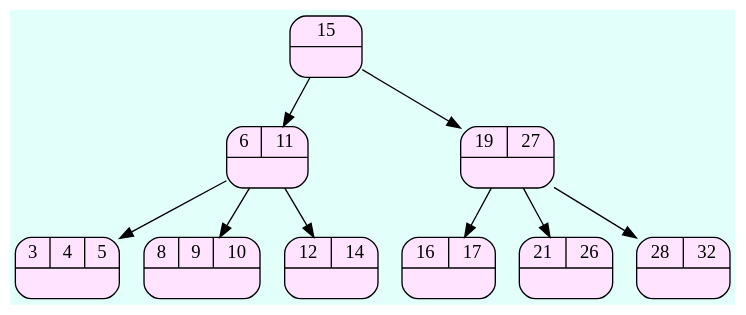
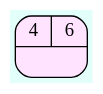
The diagram in FASE 2/Grafico/_ArbolB.dot (Serch-ING/EDD_UDRAWING_202000119), drawn with Graphviz before and after one commit. The commit also changed 9 other files, not shown here.

```diff
--- a/FASE 2/Grafico/_ArbolB.dot
+++ b/FASE 2/Grafico/_ArbolB.dot
@@ -1,22 +1,6 @@
 digraph structs {
   bgcolor = "#E3FFFA"
  node [shape=Mrecord fillcolor="#FFE3FF" style =filled];
-struct1713091683[label="{{15}|<here>}"];
-struct58828410[label="{{6| 11}|<here>}"];
-struct322509885[label="{{19| 27}|<here>}"];
-struct1991013088[label="{{3| 4| 5}|<here>}"];
-struct1294952698[label="{{8| 9| 10}|<here>}"];
-struct1125360979[label="{{12| 14}|<here>}"];
-struct403739128[label="{{16| 17}|<here>}"];
-struct222223208[label="{{21| 26}|<here>}"];
-struct996149901[label="{{28| 32}|<here>}"];
+struct1713091683[label="{{4| 6}|<here>}"];
 
-struct1713091683->struct58828410;
-struct1713091683->struct322509885;
-struct58828410->struct1991013088;
-struct58828410->struct1294952698;
-struct58828410->struct1125360979;
-struct322509885->struct403739128;
-struct322509885->struct222223208;
-struct322509885->struct996149901;
 }
```
